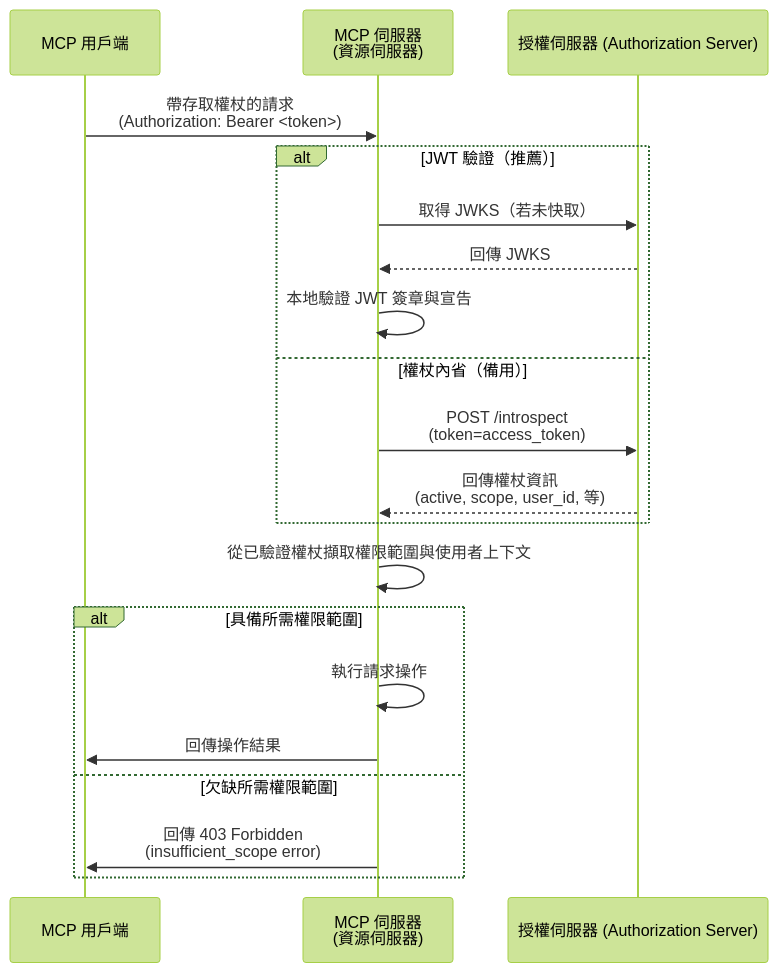
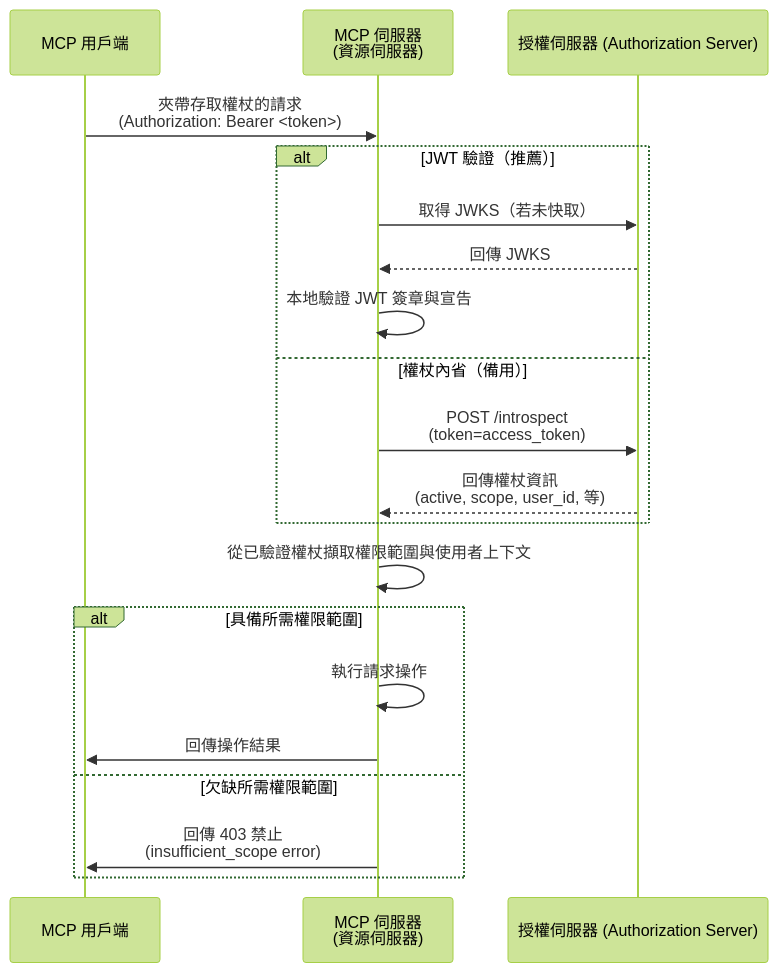
One commit to mcp-auth/docs changed the second of 2 diagrams in i18n/zh-TW/docusaurus-plugin-content-docs/current/tutorials/todo-manager/README.mdx. Above: the diagram before and after it, drawn with Mermaid (forest theme). The commit also changed other lines of this file and 53 other files, not shown here.

````diff
--- a/i18n/zh-TW/docusaurus-plugin-content-docs/current/tutorials/todo-manager/README.mdx
+++ b/i18n/zh-TW/docusaurus-plugin-content-docs/current/tutorials/todo-manager/README.mdx
@@ -133,26 +136,26 @@
 ```mermaid
 sequenceDiagram
     participant Client as MCP 用戶端
     participant Server as MCP 伺服器<br/>(資源伺服器)
     participant Auth as 授權伺服器 (Authorization Server)
 
-    Client->>Server: 帶存取權杖的請求<br/>(Authorization: Bearer <token>)
+    Client->>Server: 夾帶存取權杖的請求<br/>(Authorization: Bearer <token>)
 
     alt JWT 驗證（推薦）
         Server->>Auth: 取得 JWKS（若未快取）
         Auth-->>Server: 回傳 JWKS
         Server->>Server: 本地驗證 JWT 簽章與宣告
     else 權杖內省（備用）
         Server->>Auth: POST /introspect<br/>(token=access_token)
         Auth-->>Server: 回傳權杖資訊<br/>(active, scope, user_id, 等)
     end
 
     Server->>Server: 從已驗證權杖擷取權限範圍與使用者上下文
 
     alt 具備所需權限範圍
         Server->>Server: 執行請求操作
         Server->>Client: 回傳操作結果
     else 欠缺所需權限範圍
-        Server->>Client: 回傳 403 Forbidden<br/>(insufficient_scope error)
+        Server->>Client: 回傳 403 禁止<br/>(insufficient_scope error)
     end
 ```
````
